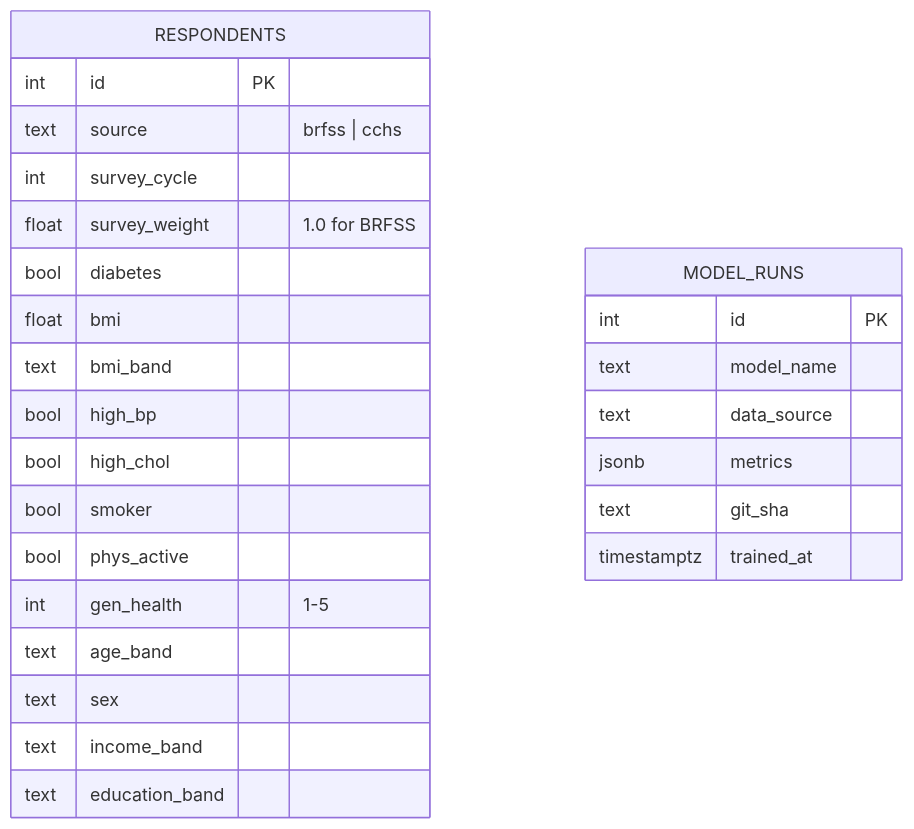
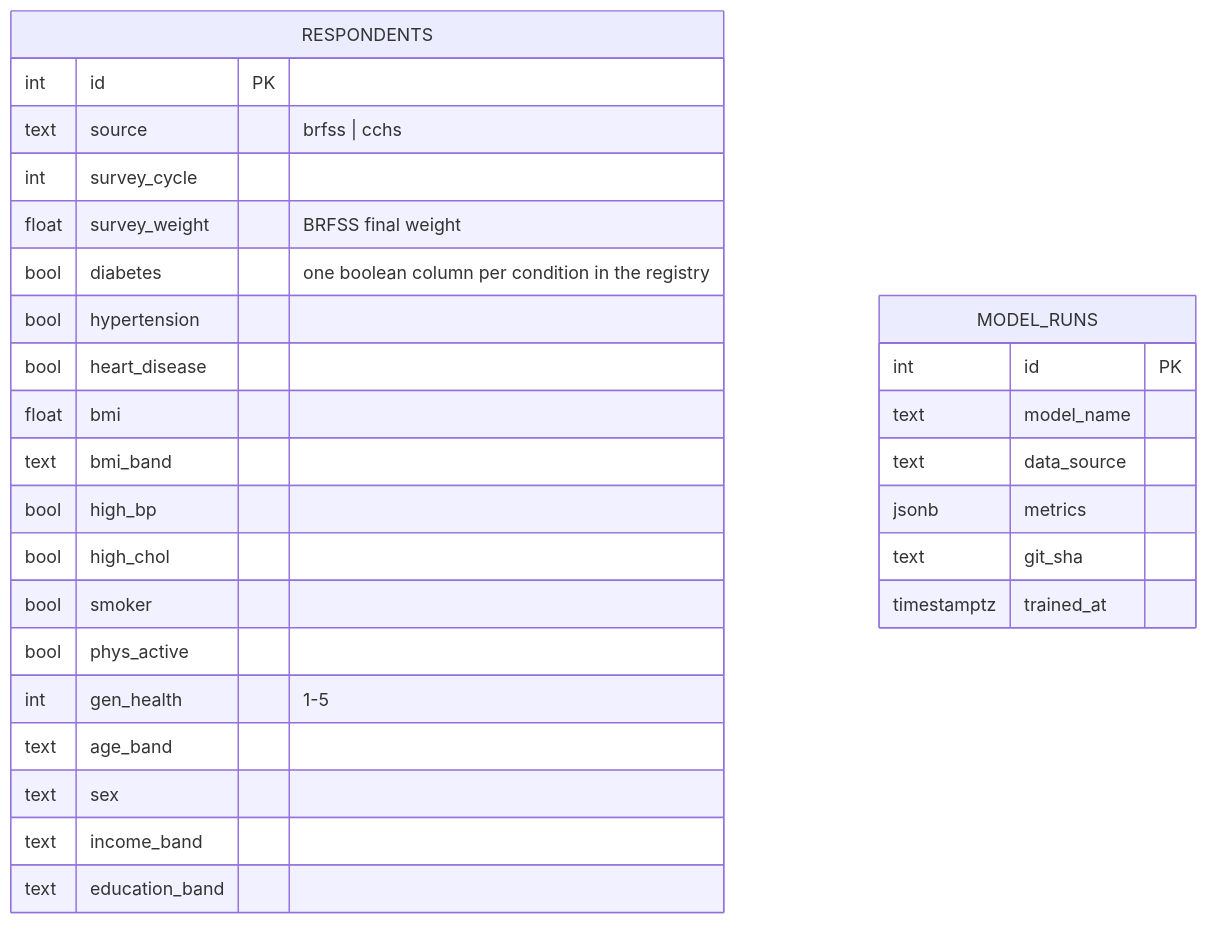
The third of 5 diagrams in healthlens-todo.md (Haard2705/HealthLens), drawn with Mermaid before and after one commit. The commit also changed other lines of this file and 1 other file, not shown here.

First line of the commit message:
docs: plan multi-condition support with a condition registry (H49, H50) (#6)

````diff
--- a/healthlens-todo.md
+++ b/healthlens-todo.md
@@ -216,29 +218,31 @@
 ```mermaid
 erDiagram
     RESPONDENTS {
         int id PK
         text source "brfss | cchs"
         int survey_cycle
-        float survey_weight "1.0 for BRFSS"
-        bool diabetes
+        float survey_weight "BRFSS final weight"
+        bool diabetes "one boolean column per condition in the registry"
+        bool hypertension
+        bool heart_disease
         float bmi
         text bmi_band
         bool high_bp
         bool high_chol
         bool smoker
         bool phys_active
         int gen_health "1-5"
         text age_band
         text sex
         text income_band
         text education_band
     }
     MODEL_RUNS {
         int id PK
         text model_name
         text data_source
         jsonb metrics
         text git_sha
         timestamptz trained_at
     }
 ```
````
